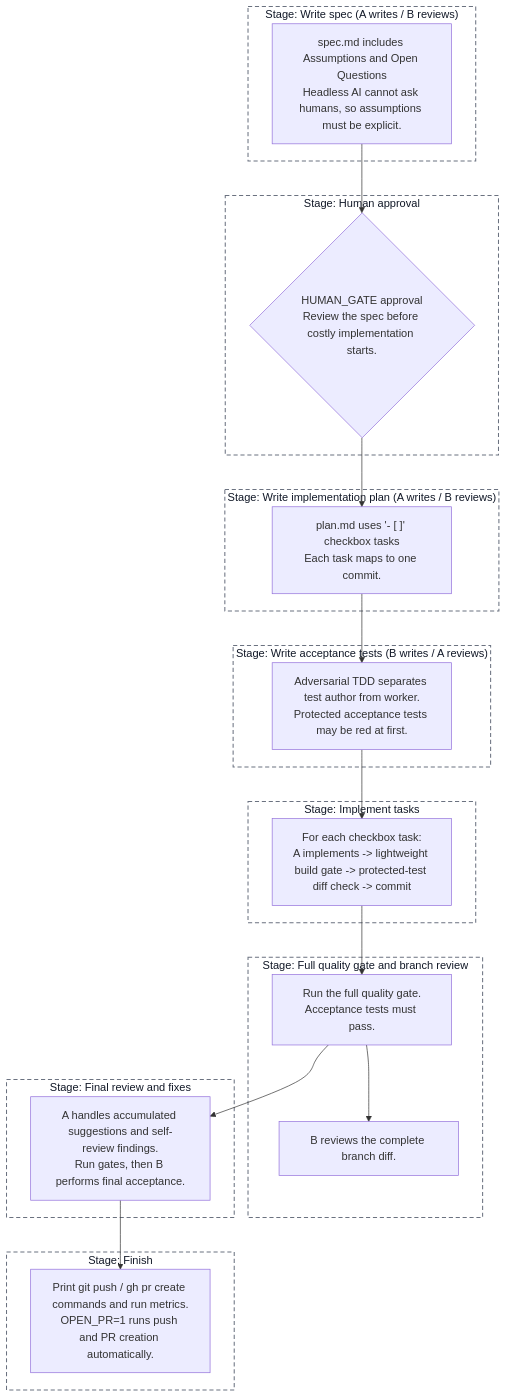
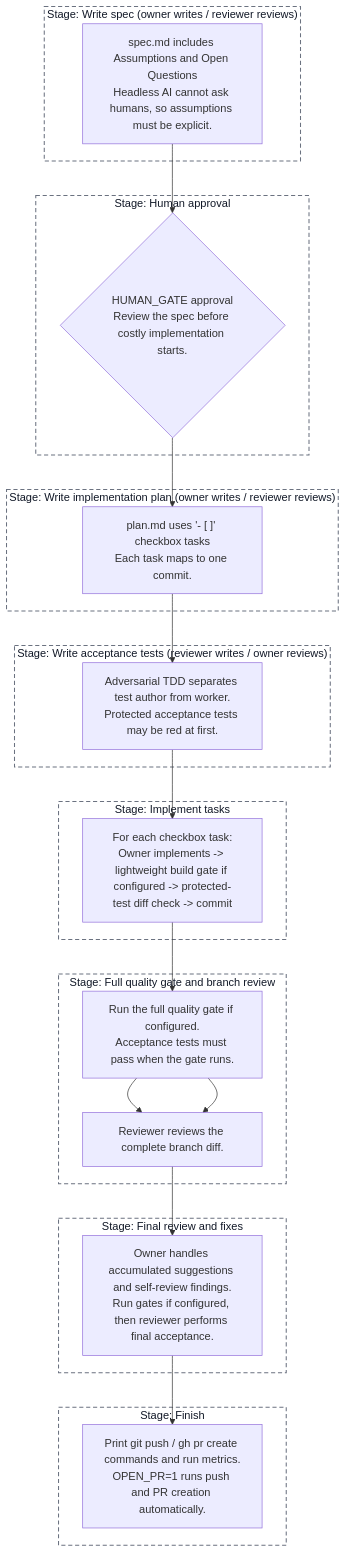
Before and after one commit to yhchiu/adversarial-ai-coding: the diagram in README.md, drawn with Mermaid. The commit also changed other lines of this file, not shown here.

Commit message:
docs: correct README workflow description
Update the staged workflow summary to include the full quality gate and branch review step before final review.

Fix the Mermaid flow so branch review is on the main path, and use owner/reviewer wording instead of fixed A/B labels after dual-spec selection.

Clarify that full and per-task gates run only when their commands are configured or auto-detected.

````diff
--- a/README.md
+++ b/README.md
@@ -39,47 +40,47 @@
 ```mermaid
 flowchart TD
-  subgraph S1["Stage: Write spec (A writes / B reviews)"]
+  subgraph S1["Stage: Write spec (owner writes / reviewer reviews)"]
     spec["spec.md includes Assumptions and Open Questions<br/>Headless AI cannot ask humans, so assumptions must be explicit."]
   end
 
   subgraph S2["Stage: Human approval"]
     human{"HUMAN_GATE approval<br/>Review the spec before costly implementation starts."}
   end
 
-  subgraph S3["Stage: Write implementation plan (A writes / B reviews)"]
+  subgraph S3["Stage: Write implementation plan (owner writes / reviewer reviews)"]
     plan["plan.md uses '- [ ]' checkbox tasks<br/>Each task maps to one commit."]
   end
 
-  subgraph S4["Stage: Write acceptance tests (B writes / A reviews)"]
+  subgraph S4["Stage: Write acceptance tests (reviewer writes / owner reviews)"]
     tests["Adversarial TDD separates test author from worker.<br/>Protected acceptance tests may be red at first."]
   end
 
   subgraph S5["Stage: Implement tasks"]
-    tasks["For each checkbox task:<br/>A implements -> lightweight build gate -> protected-test diff check -> commit"]
+    tasks["For each checkbox task:<br/>Owner implements -> lightweight build gate if configured -> protected-test diff check -> commit"]
   end
 
   subgraph S6["Stage: Full quality gate and branch review"]
-    fullgate["Run the full quality gate.<br/>Acceptance tests must pass."]
-    branchreview["B reviews the complete branch diff."]
+    fullgate["Run the full quality gate if configured.<br/>Acceptance tests must pass when the gate runs."]
+    branchreview["Reviewer reviews the complete branch diff."]
     fullgate --> branchreview
   end
 
   subgraph S7["Stage: Final review and fixes"]
-    final["A handles accumulated suggestions and self-review findings.<br/>Run gates, then B performs final acceptance."]
+    final["Owner handles accumulated suggestions and self-review findings.<br/>Run gates if configured, then reviewer performs final acceptance."]
   end
 
   subgraph S8["Stage: Finish"]
     finish["Print git push / gh pr create commands and run metrics.<br/>OPEN_PR=1 runs push and PR creation automatically."]
   end
 
-  spec --> human --> plan --> tests --> tasks --> fullgate --> final --> finish
+  spec --> human --> plan --> tests --> tasks --> fullgate --> branchreview --> final --> finish
 
   style S1 fill:#ffffff,stroke:#6b7280,stroke-width:1.5px,stroke-dasharray:6 4,color:#111827
   style S2 fill:#ffffff,stroke:#6b7280,stroke-width:1.5px,stroke-dasharray:6 4,color:#111827
   style S3 fill:#ffffff,stroke:#6b7280,stroke-width:1.5px,stroke-dasharray:6 4,color:#111827
   style S4 fill:#ffffff,stroke:#6b7280,stroke-width:1.5px,stroke-dasharray:6 4,color:#111827
   style S5 fill:#ffffff,stroke:#6b7280,stroke-width:1.5px,stroke-dasharray:6 4,color:#111827
   style S6 fill:#ffffff,stroke:#6b7280,stroke-width:1.5px,stroke-dasharray:6 4,color:#111827
   style S7 fill:#ffffff,stroke:#6b7280,stroke-width:1.5px,stroke-dasharray:6 4,color:#111827
   style S8 fill:#ffffff,stroke:#6b7280,stroke-width:1.5px,stroke-dasharray:6 4,color:#111827
 ```
````
